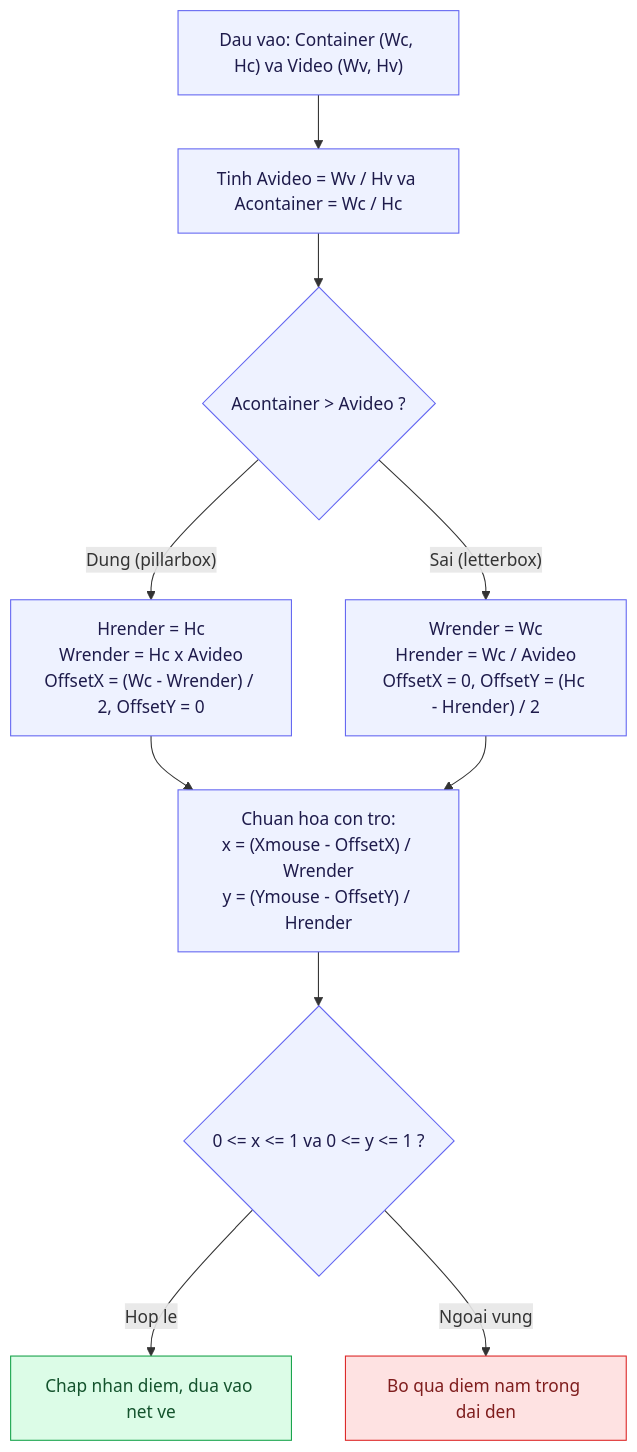
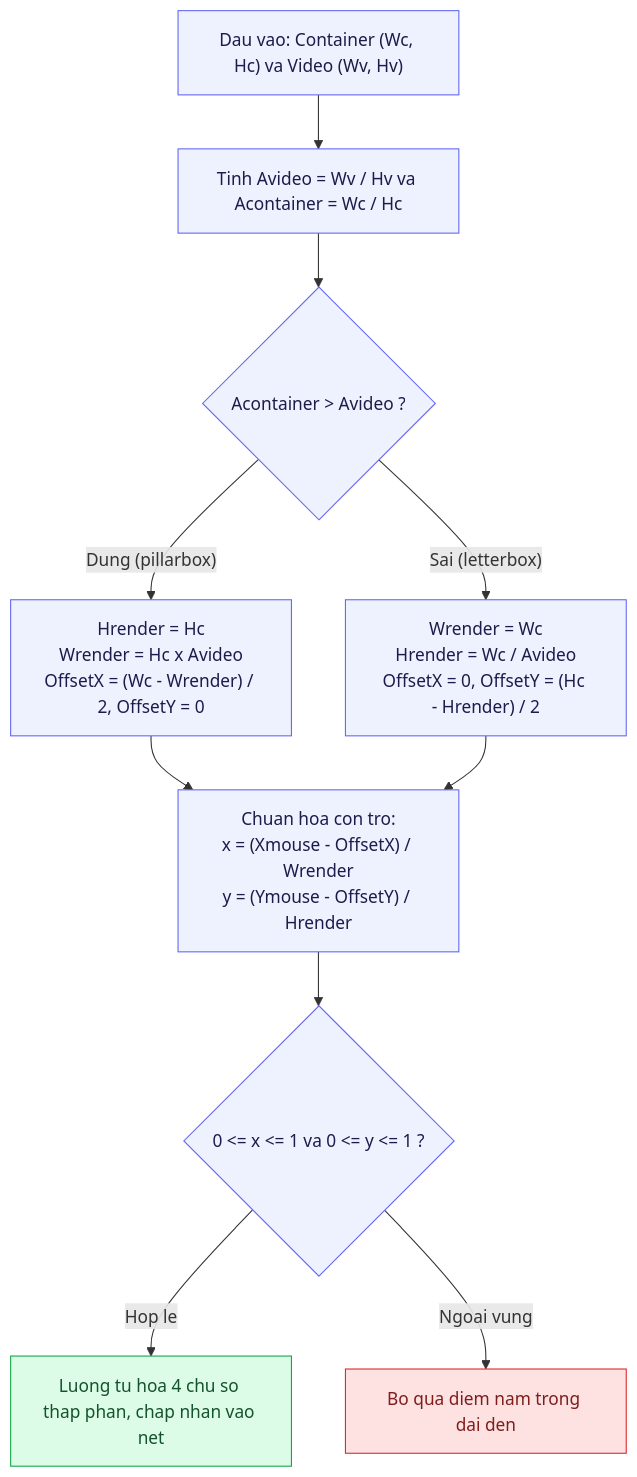
The tenth of 13 diagrams in docs/proposals/m5-board.md (Lightning1507/CoLearnia), drawn with Mermaid before and after one commit. The commit also changed other lines of this file, not shown here.

Commit message:
docs(board): address collaborator review on files schema, sync, permissions, and wbs

````diff
--- a/docs/proposals/m5-board.md
+++ b/docs/proposals/m5-board.md
@@ -774,20 +817,20 @@
 ```mermaid
 flowchart TD
-Input["Dau vao: Container (Wc, Hc) va Video (Wv, Hv)"] --> Calc["Tinh Avideo = Wv / Hv va Acontainer = Wc / Hc"]
-Calc --> Check{"Acontainer > Avideo ?"}
-Check -- "Dung (pillarbox)" --> Pillar["Hrender = Hc<br/>Wrender = Hc x Avideo<br/>OffsetX = (Wc - Wrender) / 2, OffsetY = 0"]
-Check -- "Sai (letterbox)" --> Letter["Wrender = Wc<br/>Hrender = Wc / Avideo<br/>OffsetX = 0, OffsetY = (Hc - Hrender) / 2"]
-Pillar --> Norm["Chuan hoa con tro:<br/>x = (Xmouse - OffsetX) / Wrender<br/>y = (Ymouse - OffsetY) / Hrender"]
-Letter --> Norm
-Norm --> InBounds{"0 <= x <= 1 va 0 <= y <= 1 ?"}
-InBounds -- "Hop le" --> Accept["Chap nhan diem, dua vao net ve"]
-InBounds -- "Ngoai vung" --> Discard["Bo qua diem nam trong dai den"]
+  Input["Dau vao: Container (Wc, Hc) va Video (Wv, Hv)"] --> Calc["Tinh Avideo = Wv / Hv va Acontainer = Wc / Hc"]
+  Calc --> Check{"Acontainer > Avideo ?"}
+  Check -- "Dung (pillarbox)" --> Pillar["Hrender = Hc<br/>Wrender = Hc x Avideo<br/>OffsetX = (Wc - Wrender) / 2, OffsetY = 0"]
+  Check -- "Sai (letterbox)" --> Letter["Wrender = Wc<br/>Hrender = Wc / Avideo<br/>OffsetX = 0, OffsetY = (Hc - Hrender) / 2"]
+  Pillar --> Norm["Chuan hoa con tro:<br/>x = (Xmouse - OffsetX) / Wrender<br/>y = (Ymouse - OffsetY) / Hrender"]
+  Letter --> Norm
+  Norm --> InBounds{"0 <= x <= 1 va 0 <= y <= 1 ?"}
+  InBounds -- "Hop le" --> Accept["Luong tu hoa 4 chu so thap phan, chap nhan vao net"]
+  InBounds -- "Ngoai vung" --> Discard["Bo qua diem nam trong dai den"]
 
-classDef step fill:#EEF2FF,stroke:#6366F1,color:#1E1B4B
-classDef ok fill:#DCFCE7,stroke:#16A34A,color:#14532D
-classDef deny fill:#FEE2E2,stroke:#DC2626,color:#7F1D1D
+  classDef step fill:#EEF2FF,stroke:#6366F1,color:#1E1B4B
+  classDef ok fill:#DCFCE7,stroke:#16A34A,color:#14532D
+  classDef deny fill:#FEE2E2,stroke:#DC2626,color:#7F1D1D
 
-class Input,Calc,Check,Pillar,Letter,Norm,InBounds step
-class Accept ok
-class Discard deny
+  class Input,Calc,Check,Pillar,Letter,Norm,InBounds step
+  class Accept ok
+  class Discard deny
 ```
````
